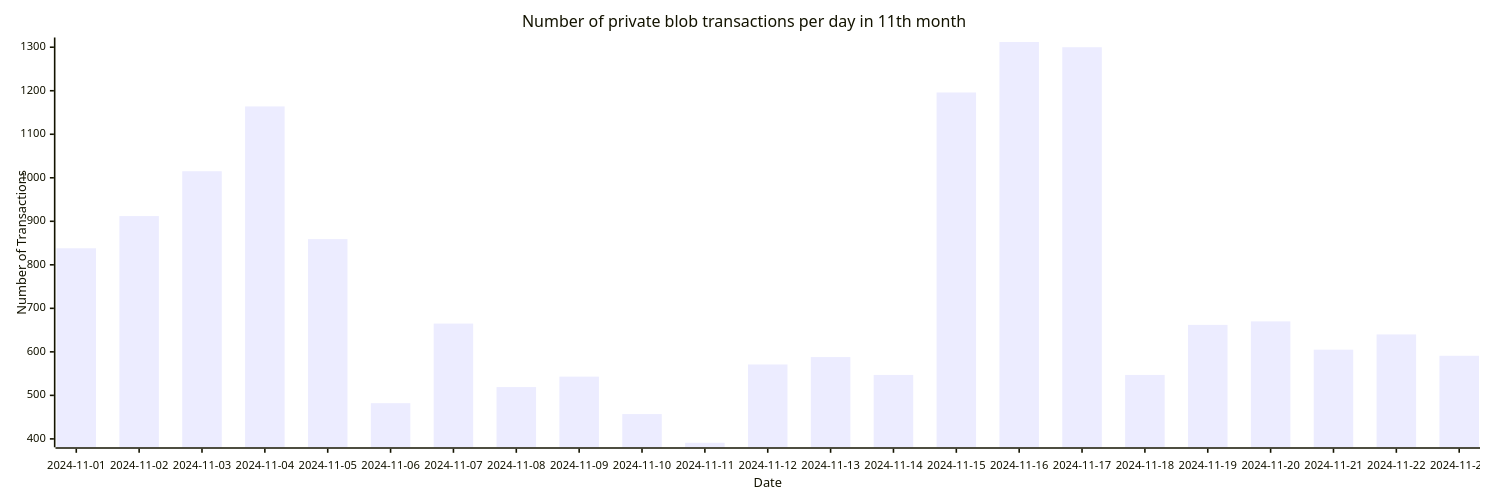
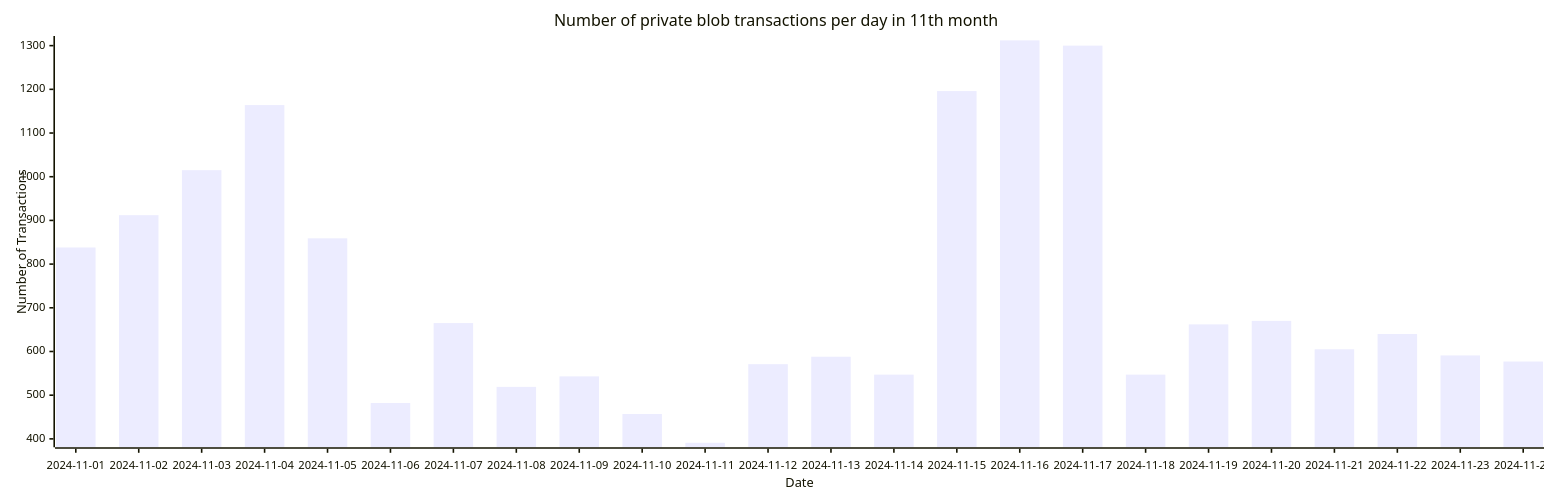
The ninth of 9 diagrams in README.md (Amit0617/eip4844-data), drawn with Mermaid before and after one commit. The commit also changed 1 other file, not shown here.

````diff
--- a/README.md
+++ b/README.md
@@ -105,12 +105,12 @@
 ```mermaid
 ---
 config:
     xyChart:
-        width: 1840
+        width: 1920
         height: 600
 ---
 xychart-beta title "Number of private blob transactions per day in 11th month"
-x-axis "Date" [2024-11-01,2024-11-02,2024-11-03,2024-11-04,2024-11-05,2024-11-06,2024-11-07,2024-11-08,2024-11-09,2024-11-10,2024-11-11,2024-11-12,2024-11-13,2024-11-14,2024-11-15,2024-11-16,2024-11-17,2024-11-18,2024-11-19,2024-11-20,2024-11-21,2024-11-22,2024-11-23]
+x-axis "Date" [2024-11-01,2024-11-02,2024-11-03,2024-11-04,2024-11-05,2024-11-06,2024-11-07,2024-11-08,2024-11-09,2024-11-10,2024-11-11,2024-11-12,2024-11-13,2024-11-14,2024-11-15,2024-11-16,2024-11-17,2024-11-18,2024-11-19,2024-11-20,2024-11-21,2024-11-22,2024-11-23,2024-11-24]
 y-axis "Number of Transactions"
-bar[838,912,1015,1164,859,482,665,519,543,457,391,571,588,547,1196,1312,1300,547,662,670,605,640,591]
+bar[838,912,1015,1164,859,482,665,519,543,457,391,571,588,547,1196,1312,1300,547,662,670,605,640,591,577]
 ```
````
